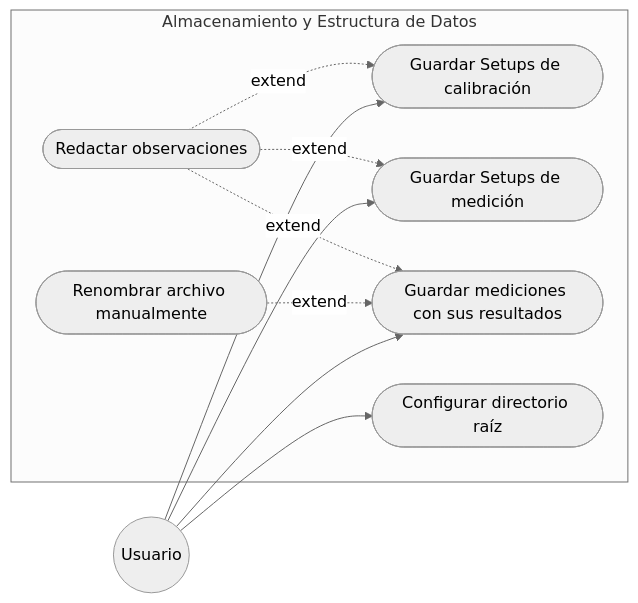
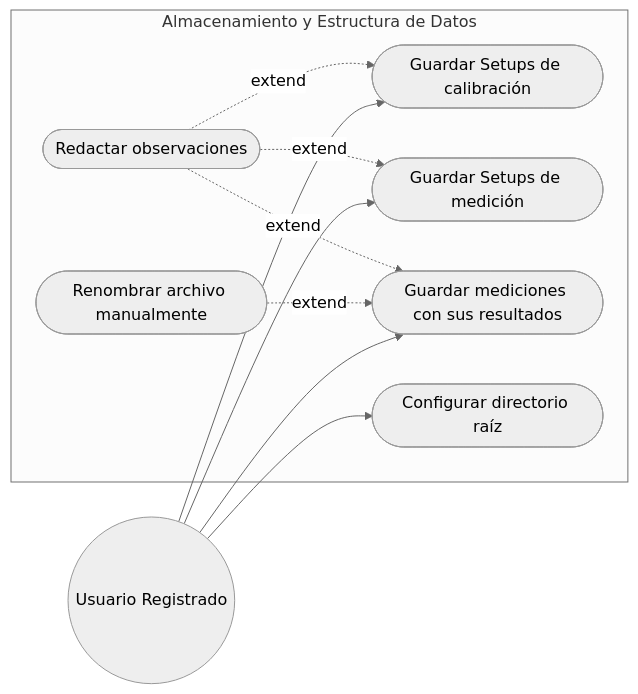
One commit to alegrelias/Repo-GMini changed the seventh of 7 diagrams in Gmini-MarkDown/Diagramas/Diagramas de CU.md. Above: the diagram before and after it, drawn with Mermaid (neutral theme). The commit also changed other lines of this file and 1 other file, not shown here.

Commit message:
Añadi un archivo con los diagramas de cus sin modificar y uno con los diagramas de cus modificados

````diff
--- a/Gmini-MarkDown/Diagramas/Diagramas de CU.md
+++ b/Gmini-MarkDown/Diagramas/Diagramas de CU.md
@@ -144,26 +208,26 @@
 ```mermaid
 flowchart LR
 %% Actores
-Usuario((Usuario))
+Usuario((Usuario Registrado))
 
 subgraph Almacenamiento y Estructura de Datos
 	CU35([Guardar Setups de calibración])
 	CU36([Guardar Setups de medición])
 	CU37([Guardar mediciones con sus resultados])
 	CU38([Configurar directorio raíz])
 	CU39([Renombrar archivo manualmente])
 	CU40([Redactar observaciones])
 end
 
 %% Asociaciones
 Usuario --> CU35
 Usuario --> CU36
 Usuario --> CU37
 Usuario --> CU38
 
 %% Relaciones Include/Extend
 CU39 -.extend.-> CU37
 CU40 -.extend.-> CU35
 CU40 -.extend.-> CU36
 CU40 -.extend.-> CU37
 ```
````
